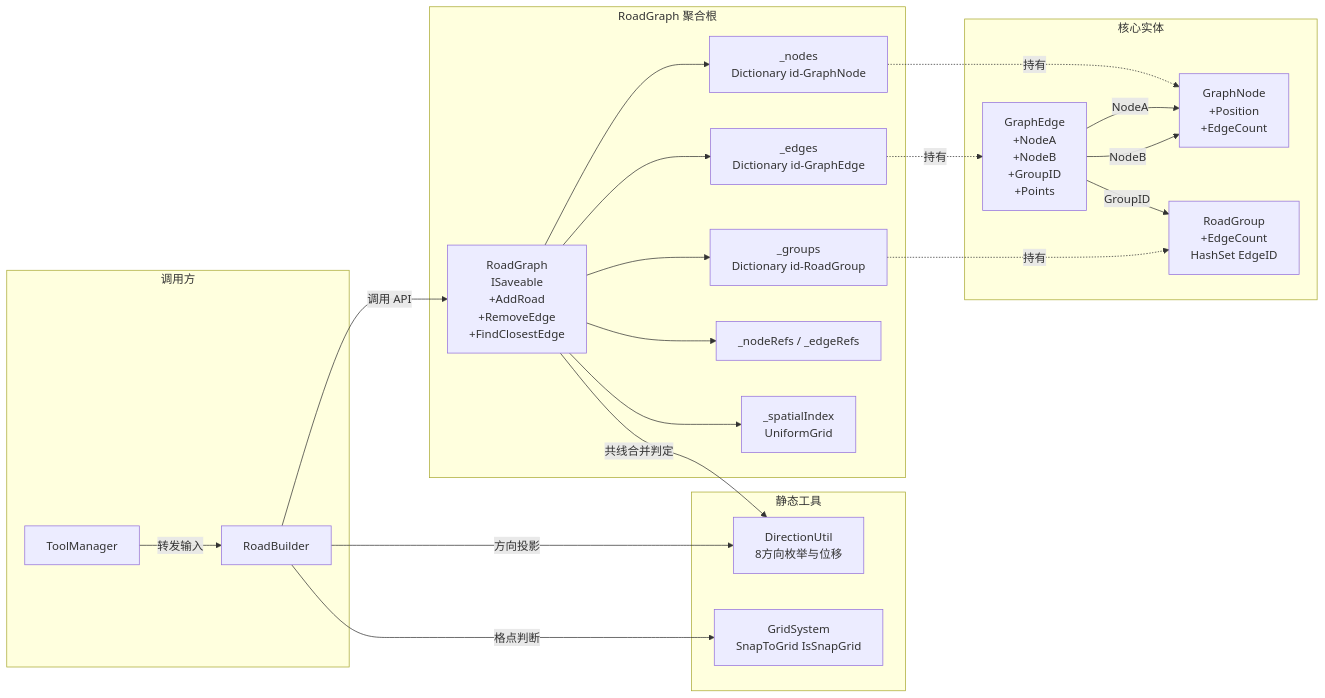
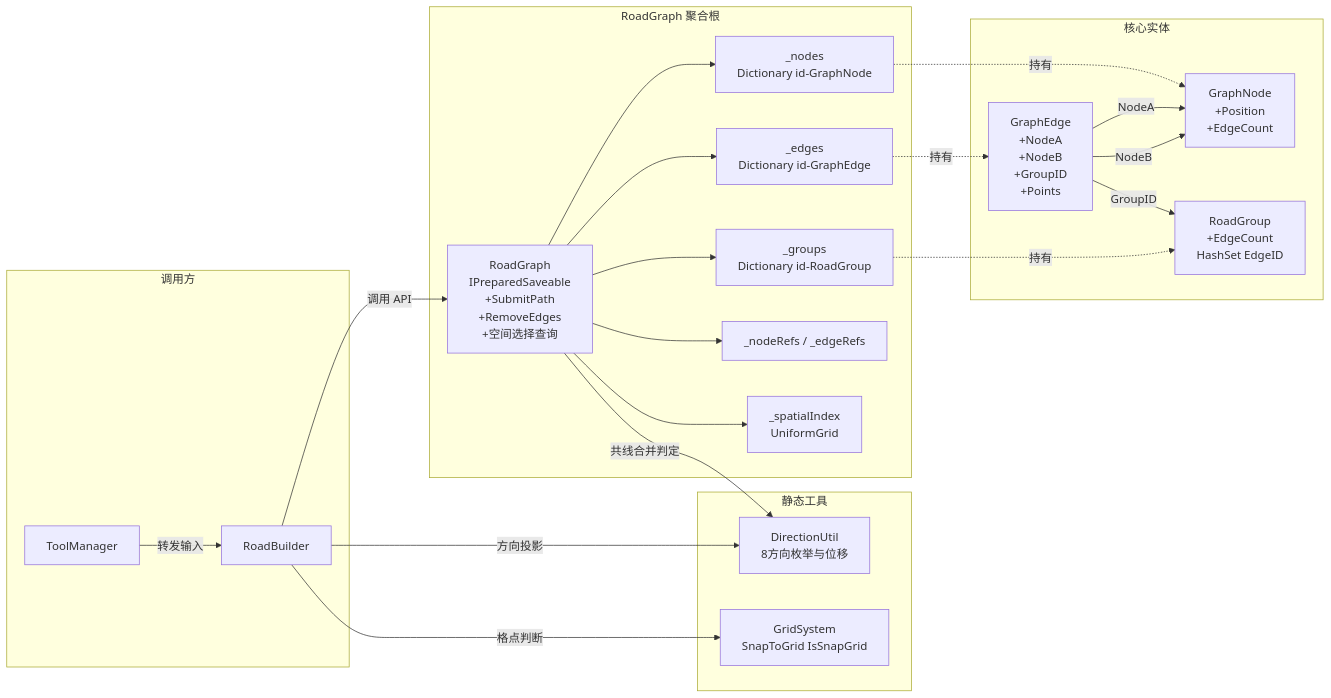
One commit to xianfishyu/SimpleCities changed the fourth of 9 diagrams in docs/reference/game-logic.md. Above: the diagram before and after it, drawn with Mermaid. The commit also changed other lines of this file and 11 other files, not shown here.

````diff
--- a/docs/reference/game-logic.md
+++ b/docs/reference/game-logic.md
@@ -149,47 +152,47 @@
 ```mermaid
 flowchart LR
     subgraph Aggregate["RoadGraph 聚合根"]
-        RN["RoadGraph<br/>ISaveable<br/>+AddRoad<br/>+RemoveEdge<br/>+FindClosestEdge"]
+        RN["RoadGraph<br/>IPreparedSaveable<br/>+SubmitPath<br/>+RemoveEdges<br/>+空间选择查询"]
         Idx1["_nodes<br/>Dictionary id-GraphNode"]
         Idx2["_edges<br/>Dictionary id-GraphEdge"]
         Idx3["_groups<br/>Dictionary id-RoadGroup"]
         Idx4["_nodeRefs / _edgeRefs"]
         Idx5["_spatialIndex<br/>UniformGrid"]
         RN --> Idx1
         RN --> Idx2
         RN --> Idx3
         RN --> Idx4
         RN --> Idx5
     end
 
     subgraph Entity["核心实体"]
         J["GraphNode<br/>+Position<br/>+EdgeCount"]
         S["GraphEdge<br/>+NodeA<br/>+NodeB<br/>+GroupID<br/>+Points"]
         R["RoadGroup<br/>+EdgeCount<br/>HashSet EdgeID"]
     end
 
     subgraph Util["静态工具"]
         DU["DirectionUtil<br/>8方向枚举与位移"]
         GS["GridSystem<br/>SnapToGrid IsSnapGrid"]
     end
 
     subgraph Caller["调用方"]
         TM["ToolManager"]
         RB["RoadBuilder"]
     end
 
     Idx1 -.持有.-> J
     Idx2 -.持有.-> S
     Idx3 -.持有.-> R
 
     S -->|NodeA| J
     S -->|NodeB| J
     S -->|GroupID| R
 
     RN -->|共线合并判定| DU
 
     TM -->|转发输入| RB
     RB -->|调用 API| RN
     RB -->|方向投影| DU
     RB -->|格点判断| GS
 ```
````
